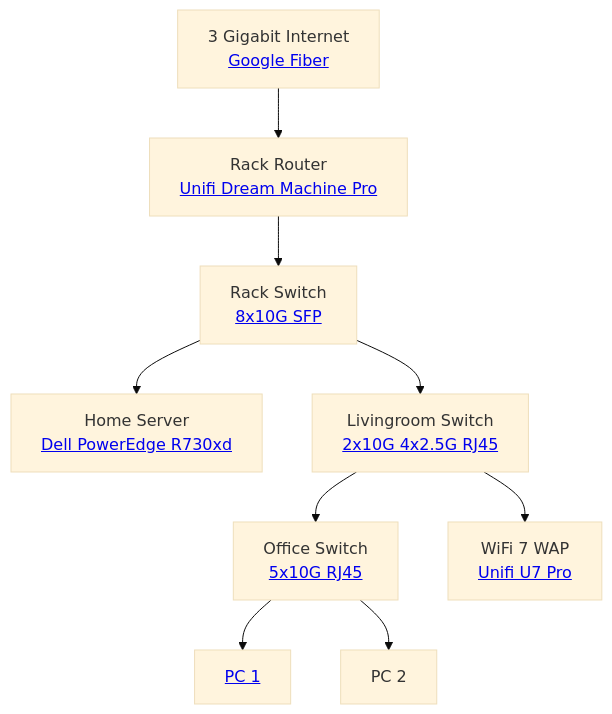
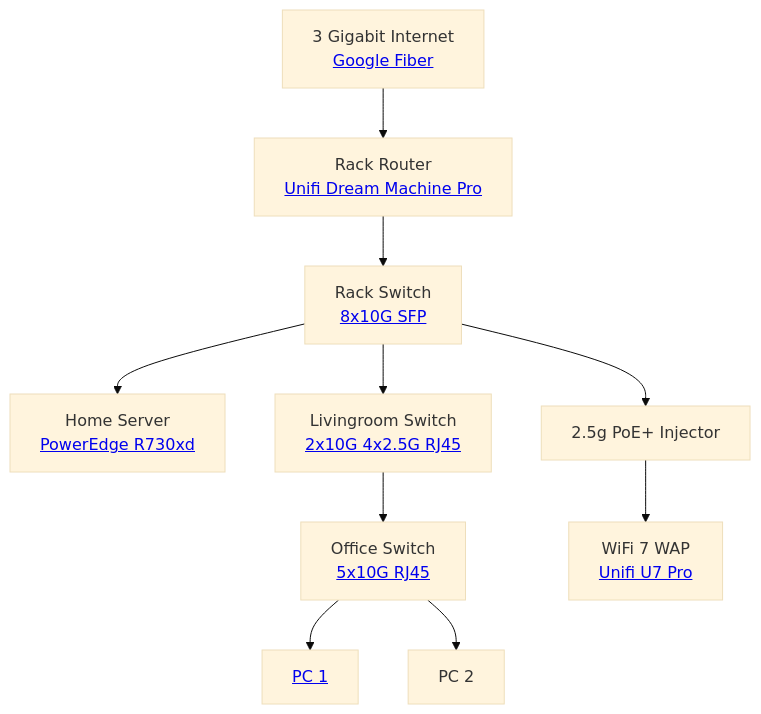
One commit to JakeJMattson/stuff changed the diagram in content/docs/things/Network.md. Above: the diagram before and after it, drawn with Mermaid (base theme). The commit also changed other lines of this file, not shown here.

Commit message:
Update network WAP route

````diff
--- a/content/docs/things/Network.md
+++ b/content/docs/things/Network.md
@@ -9,17 +9,19 @@
 ```mermaid
 graph TD;
 GF[3 Gigabit Internet<br><a href='https://fiber.google.com/'>Google Fiber</a>]-->UDMP
 
-UDMP[Rack Router<br><a href='https://store.ui.com/us/en/products/udm-pro'>Unifi Dream Machine Pro</a>]-->A[Rack Switch<br><a href='https://www.nicgiga.com/collections/10g-switch/products/8-port-10g-ethernet-switch'>8x10G SFP</a>]
+UDMP[Rack Router<br><a href='https://store.ui.com/us/en/products/udm-pro'>Unifi Dream Machine Pro</a>]-->RACK[Rack Switch<br><a href='https://www.nicgiga.com/collections/10g-switch/products/8-port-10g-ethernet-switch'>8x10G SFP</a>]
 
-A-->Z[Home Server<br><a href='../Server'>Dell PowerEdge R730xd</a>]
+RACK-->SERVER[Home Server<br><a href='../Server'>PowerEdge R730xd</a>]
 
-A-->B[Livingroom Switch <a href='https://www.amazon.com/dp/B09LNLMH9Y'><br>2x10G 4x2.5G RJ45</a>]
+RACK-->LR_SWITCH[Livingroom Switch <a href='https://www.amazon.com/dp/B09LNLMH9Y'><br>2x10G 4x2.5G RJ45</a>]
 
-B-->C[Office Switch<br><a href='https://www.nicgiga.com/collections/10g-switch/products/5-port-10g-ethernet-switch-unmanaged-with-5x-10gb-base-t-rj45-ports-nicgiga-10gbps-network-switch-easy-for-10g-nas-pc-wifi7-router-10g-adapter-nic-desktop-or-19-inch-rack-mount-plug-and-play'>5x10G RJ45</a>]
+LR_SWITCH-->OFFICE_SWITCH[Office Switch<br><a href='https://www.nicgiga.com/collections/10g-switch/products/5-port-10g-ethernet-switch-unmanaged-with-5x-10gb-base-t-rj45-ports-nicgiga-10gbps-network-switch-easy-for-10g-nas-pc-wifi7-router-10g-adapter-nic-desktop-or-19-inch-rack-mount-plug-and-play'>5x10G RJ45</a>]
 
-B-->D[WiFi 7 WAP<br><a href='https://store.ui.com/us/en/category/all-wifi/products/u7-pro'>Unifi U7 Pro</a>]
+RACK-->POE[2.5g PoE+ Injector]
 
-C-->Y[<a href='../PC'>PC 1</a>]
-C-->X[PC 2]
+POE-->WAP[WiFi 7 WAP<br><a href='https://store.ui.com/us/en/category/all-wifi/products/u7-pro'>Unifi U7 Pro</a>]
+
+OFFICE_SWITCH-->PC1[<a href='../PC'>PC 1</a>]
+OFFICE_SWITCH-->PC2[PC 2]
 ```
````
